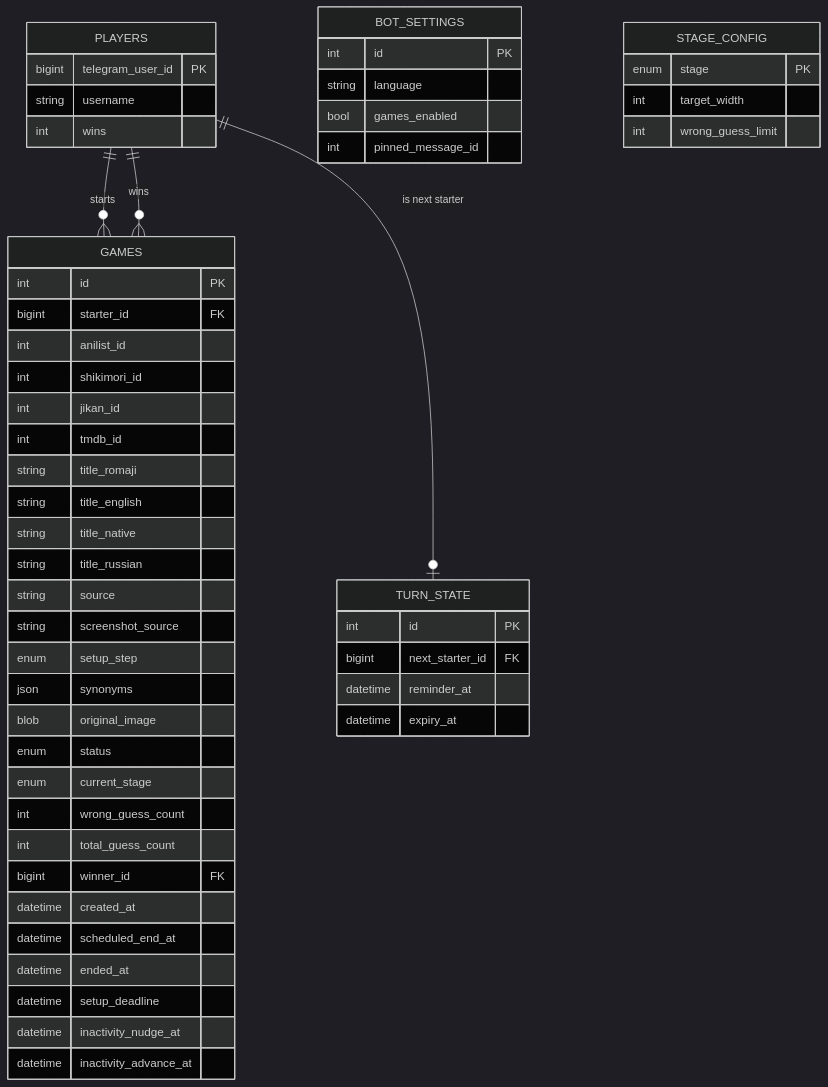
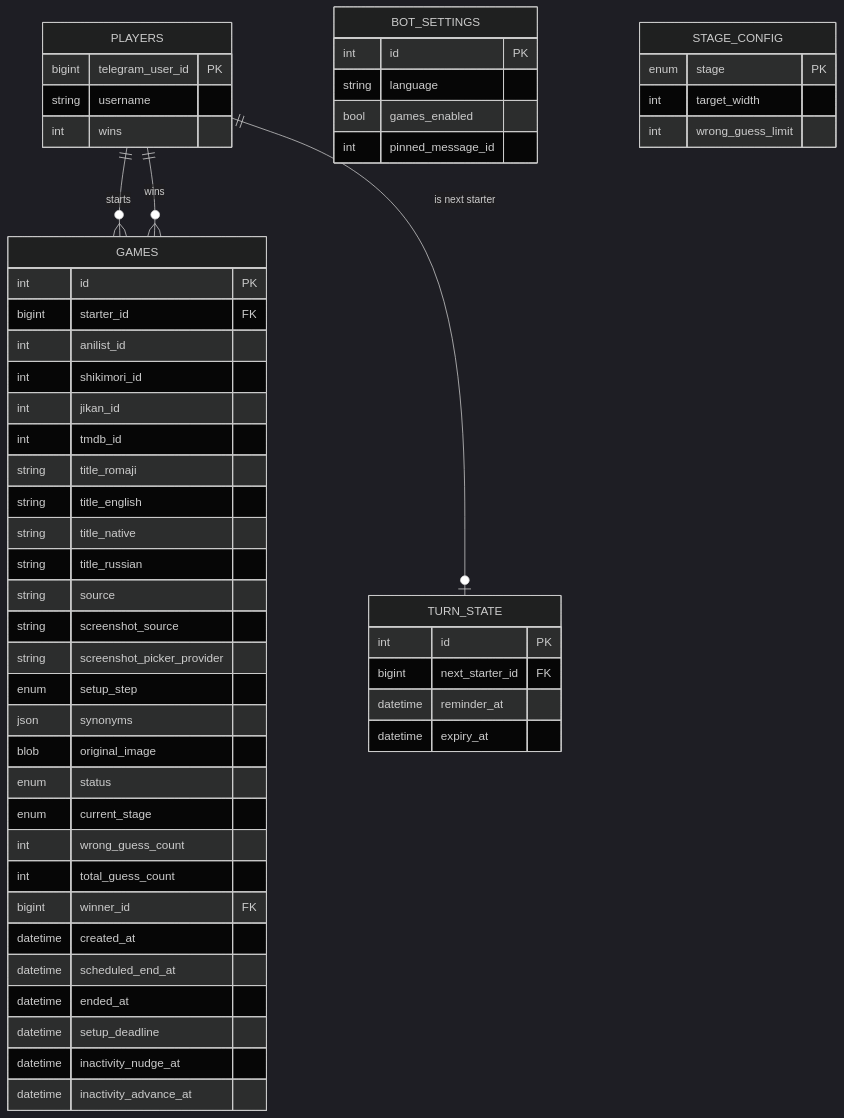
The second of 2 diagrams in ARCHITECTURE.md (sm-steel/nani-pix-bot), drawn with Mermaid (dark theme) before and after one commit. The commit also changed other lines of this file and 12 other files, not shown here.

````diff
--- a/ARCHITECTURE.md
+++ b/ARCHITECTURE.md
@@ -328,57 +328,58 @@
 ```mermaid
 erDiagram
     PLAYERS ||--o{ GAMES : starts
     PLAYERS ||--o{ GAMES : wins
     PLAYERS ||--o| TURN_STATE : "is next starter"
 
     PLAYERS {
         bigint telegram_user_id PK
         string username
         int wins
     }
     GAMES {
         int id PK
         bigint starter_id FK
         int anilist_id
         int shikimori_id
         int jikan_id
         int tmdb_id
         string title_romaji
         string title_english
         string title_native
         string title_russian
         string source
         string screenshot_source
+        string screenshot_picker_provider
         enum setup_step
         json synonyms
         blob original_image
         enum status
         enum current_stage
         int wrong_guess_count
         int total_guess_count
         bigint winner_id FK
         datetime created_at
         datetime scheduled_end_at
         datetime ended_at
         datetime setup_deadline
         datetime inactivity_nudge_at
         datetime inactivity_advance_at
     }
     TURN_STATE {
         int id PK
         bigint next_starter_id FK
         datetime reminder_at
         datetime expiry_at
     }
     BOT_SETTINGS {
         int id PK
         string language
         bool games_enabled
         int pinned_message_id
     }
     STAGE_CONFIG {
         enum stage PK
         int target_width
         int wrong_guess_limit
     }
 ```
````
